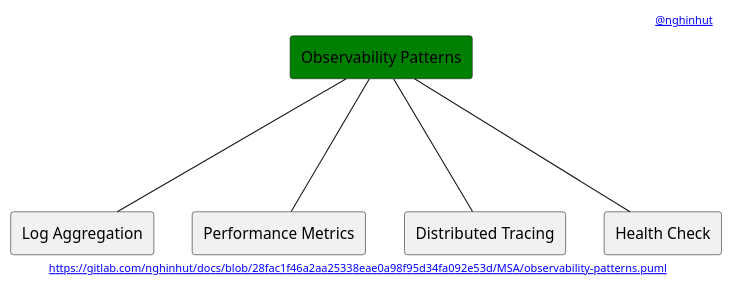
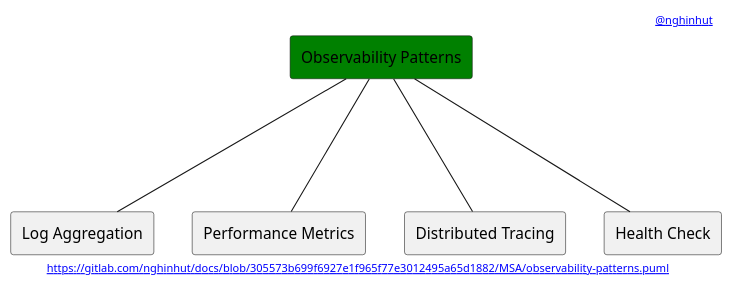
One commit to nghinhut/docs changed the diagram in MSA/observability-patterns.puml. Above: the diagram before and after it, drawn with PlantUML. The commit also changed 17 other files, not shown here.

Commit message:
Update diagrams

```diff
--- a/MSA/observability-patterns.puml
+++ b/MSA/observability-patterns.puml
@@ -1,18 +1,18 @@
 @startuml
 '-----START auto generated metadata please keep comment here to allow auto update-----
 '-----DON'T EDIT THIS SECTION, INSTEAD RE-RUN prebuild.sh TO UPDATE-----
-header [[www.nghinhut.dev?from=http%5C%3A%5C%2F%5C%2Fwww%5C.plantuml%5C.com%5C%2Fplantuml%5C%2Fproxy%3Ffmt%3Dsvg%5C%26src%3Dhttps%5C%3A%5C%2F%5C%2Fgitlab%5C.com%5C%2Fnghinhut%5C%2Fdocs%5C%2Fraw%5C%2F28fac1f46a2aa25338eae0a98f95d34fa092e53d%5C%2FMSA%5C%2Fobservability-patterns%5C.puml%0A @nghinhut]]
-footer [[http://www.plantuml.com/plantuml/proxy?fmt=svg&src=https://gitlab.com/nghinhut/docs/raw/28fac1f46a2aa25338eae0a98f95d34fa092e53d/MSA/observability-patterns.puml https://gitlab.com/nghinhut/docs/blob/28fac1f46a2aa25338eae0a98f95d34fa092e53d/MSA/observability-patterns.puml]]
+header [[www.nghinhut.dev?from=http%5C%3A%5C%2F%5C%2Fwww%5C.plantuml%5C.com%5C%2Fplantuml%5C%2Fproxy%3Ffmt%3Dsvg%5C%26src%3Dhttps%5C%3A%5C%2F%5C%2Fgitlab%5C.com%5C%2Fnghinhut%5C%2Fdocs%5C%2Fraw%5C%2F305573b699f6927e1f965f77e3012495a65d1882%5C%2FMSA%5C%2Fobservability-patterns%5C.puml%0A @nghinhut]]
+footer [[http://www.plantuml.com/plantuml/proxy?fmt=svg&src=https://gitlab.com/nghinhut/docs/raw/305573b699f6927e1f965f77e3012495a65d1882/MSA/observability-patterns.puml https://gitlab.com/nghinhut/docs/blob/305573b699f6927e1f965f77e3012495a65d1882/MSA/observability-patterns.puml]]
 '-----END auto generated metadata please keep comment here to allow auto update-----
 
 rectangle "Observability Patterns" as Observability #green
 
 rectangle "Log Aggregation" as ObservabilityP1
 rectangle "Performance Metrics" as ObservabilityP2
 rectangle "Distributed Tracing" as ObservabilityP3
 rectangle "Health Check" as ObservabilityP4
 Observability --- ObservabilityP1
 Observability --- ObservabilityP2
 Observability --- ObservabilityP3
 Observability --- ObservabilityP4
 @enduml
```
